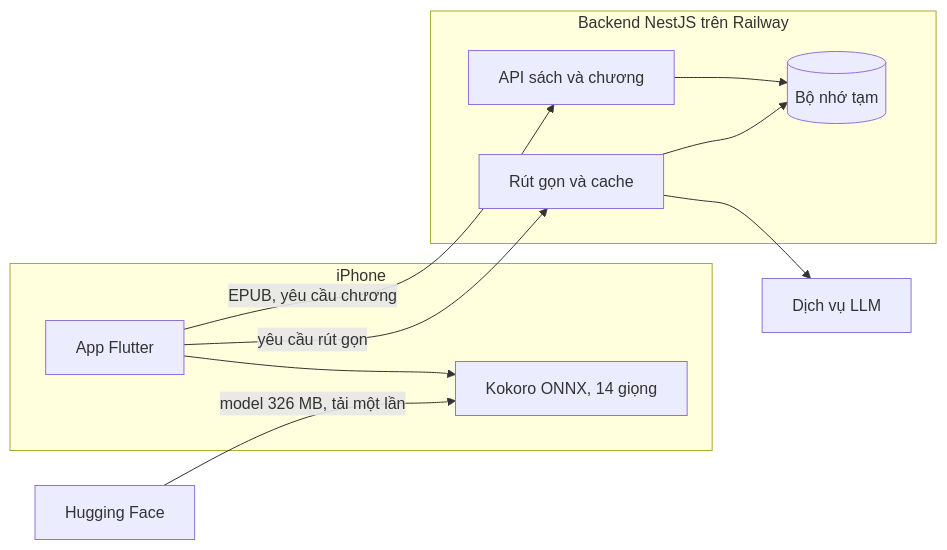
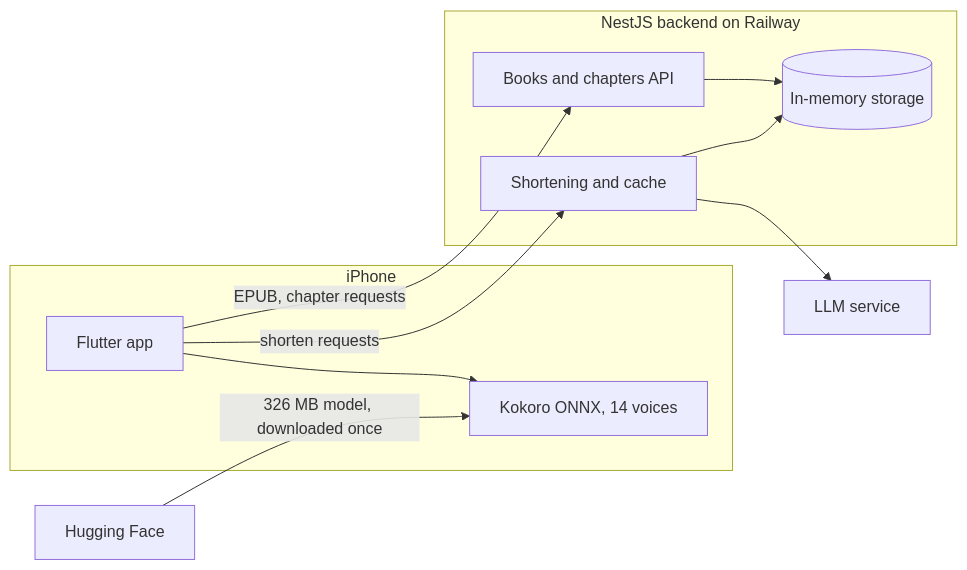
The second of 2 diagrams in README.md (tinwritescode/ereader-ai), drawn with Mermaid before and after one commit. The commit also changed other lines of this file and 2 other files, not shown here.

````diff
--- a/README.md
+++ b/README.md
@@ -45,24 +47,24 @@
 ```mermaid
 flowchart LR
     subgraph phone["iPhone"]
-        ui["App Flutter"]
-        tts["Kokoro ONNX, 14 giọng"]
+        ui["Flutter app"]
+        tts["Kokoro ONNX, 14 voices"]
         ui --> tts
     end
 
-    subgraph server["Backend NestJS trên Railway"]
-        api["API sách và chương"]
-        digest["Rút gọn và cache"]
-        memory[("Bộ nhớ tạm")]
+    subgraph server["NestJS backend on Railway"]
+        api["Books and chapters API"]
+        digest["Shortening and cache"]
+        memory[("In-memory storage")]
         api --> memory
         digest --> memory
     end
 
-    llm["Dịch vụ LLM"]
+    llm["LLM service"]
     hf["Hugging Face"]
 
-    ui -- "EPUB, yêu cầu chương" --> api
-    ui -- "yêu cầu rút gọn" --> digest
+    ui -- "EPUB, chapter requests" --> api
+    ui -- "shorten requests" --> digest
     digest --> llm
-    hf -- "model 326 MB, tải một lần" --> tts
+    hf -- "326 MB model, downloaded once" --> tts
 ```
````
